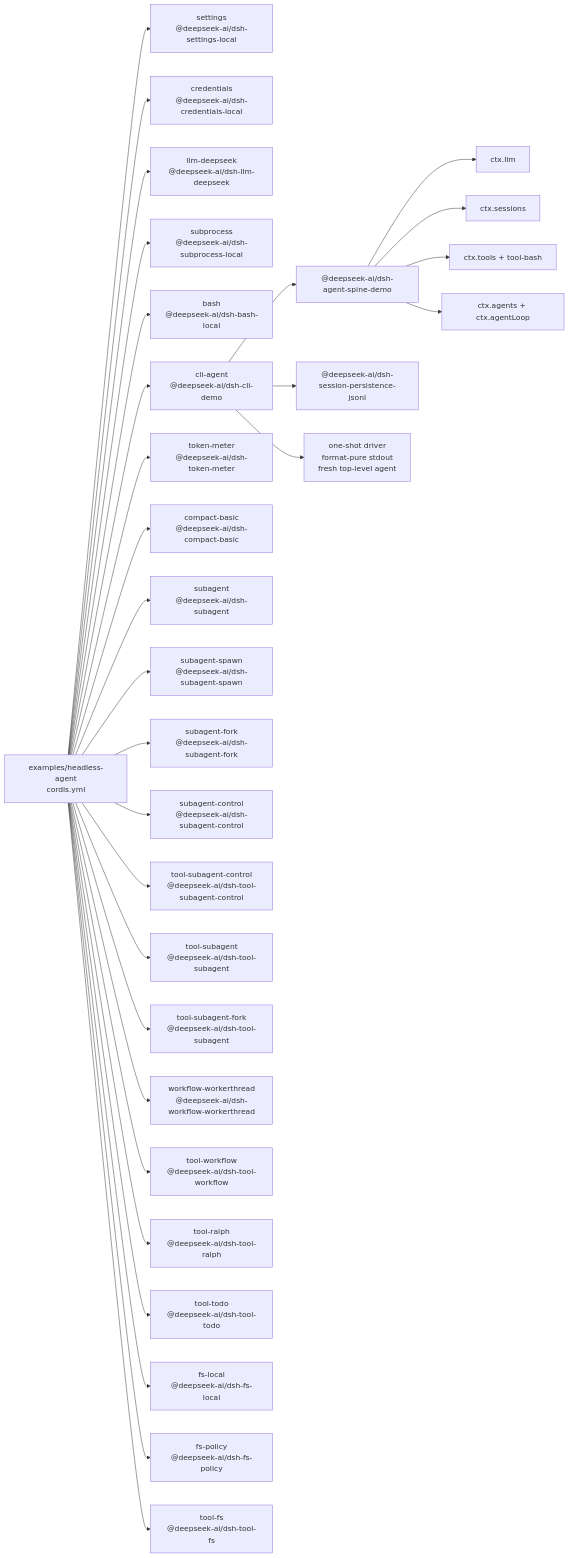
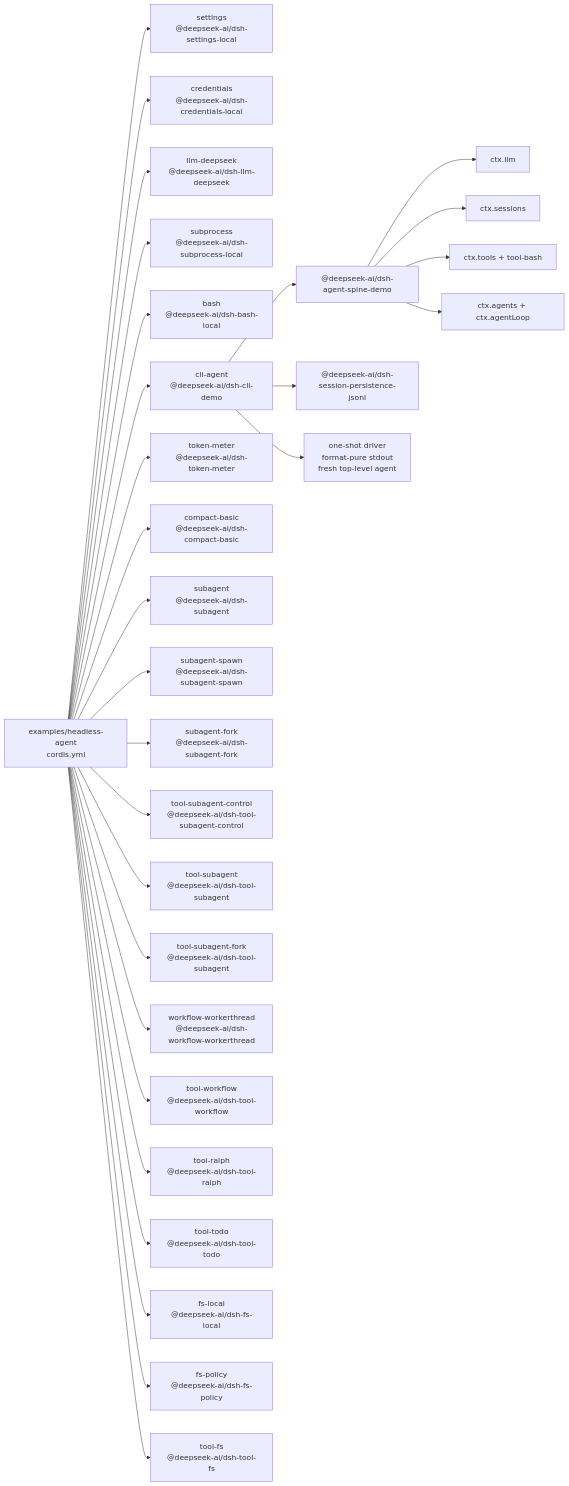
One commit to 007M7/DeepCode changed the diagram in examples/headless-agent/composition.md. Above: the diagram before and after it, drawn with Mermaid. The commit also changed other lines of this file and 70 other files, not shown here.

Commit message:
refactor(subagent): merge continuation control service

````diff
--- a/examples/headless-agent/composition.md
+++ b/examples/headless-agent/composition.md
@@ -8,55 +8,53 @@
 ```mermaid
 flowchart LR
   cfg["examples/headless-agent<br/>cordis.yml"]
   plugin_headless_settings["settings<br/>@deepseek-ai/dsh-settings-local"]
   cfg --> plugin_headless_settings
   plugin_headless_credentials["credentials<br/>@deepseek-ai/dsh-credentials-local"]
   cfg --> plugin_headless_credentials
   plugin_headless_llm_deepseek["llm-deepseek<br/>@deepseek-ai/dsh-llm-deepseek"]
   cfg --> plugin_headless_llm_deepseek
   plugin_headless_subprocess["subprocess<br/>@deepseek-ai/dsh-subprocess-local"]
   cfg --> plugin_headless_subprocess
   plugin_headless_bash["bash<br/>@deepseek-ai/dsh-bash-local"]
   cfg --> plugin_headless_bash
   plugin_headless_cli_agent["cli-agent<br/>@deepseek-ai/dsh-cli-demo"]
   cfg --> plugin_headless_cli_agent
   plugin_headless_cli_agent --> bundle_agent_core["@deepseek-ai/dsh-agent-spine-demo"]
   plugin_headless_cli_agent --> bundle_jsonl["@deepseek-ai/dsh-session-persistence-jsonl"]
   plugin_headless_cli_agent --> frontdoor_cli["one-shot driver<br/>format-pure stdout<br/>fresh top-level agent"]
   bundle_agent_core --> spine_llm["ctx.llm"]
   bundle_agent_core --> spine_sessions["ctx.sessions"]
   bundle_agent_core --> spine_tools["ctx.tools + tool-bash"]
   bundle_agent_core --> spine_loop["ctx.agents + ctx.agentLoop"]
   plugin_headless_token_meter["token-meter<br/>@deepseek-ai/dsh-token-meter"]
   cfg --> plugin_headless_token_meter
   plugin_headless_compact_basic["compact-basic<br/>@deepseek-ai/dsh-compact-basic"]
   cfg --> plugin_headless_compact_basic
   plugin_headless_subagent["subagent<br/>@deepseek-ai/dsh-subagent"]
   cfg --> plugin_headless_subagent
   plugin_headless_subagent_spawn["subagent-spawn<br/>@deepseek-ai/dsh-subagent-spawn"]
   cfg --> plugin_headless_subagent_spawn
   plugin_headless_subagent_fork["subagent-fork<br/>@deepseek-ai/dsh-subagent-fork"]
   cfg --> plugin_headless_subagent_fork
-  plugin_headless_subagent_control["subagent-control<br/>@deepseek-ai/dsh-subagent-control"]
-  cfg --> plugin_headless_subagent_control
   plugin_headless_tool_subagent_control["tool-subagent-control<br/>@deepseek-ai/dsh-tool-subagent-control"]
   cfg --> plugin_headless_tool_subagent_control
   plugin_headless_tool_subagent["tool-subagent<br/>@deepseek-ai/dsh-tool-subagent"]
   cfg --> plugin_headless_tool_subagent
   plugin_headless_tool_subagent_fork["tool-subagent-fork<br/>@deepseek-ai/dsh-tool-subagent"]
   cfg --> plugin_headless_tool_subagent_fork
   plugin_headless_workflow_workerthread["workflow-workerthread<br/>@deepseek-ai/dsh-workflow-workerthread"]
   cfg --> plugin_headless_workflow_workerthread
   plugin_headless_tool_workflow["tool-workflow<br/>@deepseek-ai/dsh-tool-workflow"]
   cfg --> plugin_headless_tool_workflow
   plugin_headless_tool_ralph["tool-ralph<br/>@deepseek-ai/dsh-tool-ralph"]
   cfg --> plugin_headless_tool_ralph
   plugin_headless_tool_todo["tool-todo<br/>@deepseek-ai/dsh-tool-todo"]
   cfg --> plugin_headless_tool_todo
   plugin_headless_fs_local["fs-local<br/>@deepseek-ai/dsh-fs-local"]
   cfg --> plugin_headless_fs_local
   plugin_headless_fs_policy["fs-policy<br/>@deepseek-ai/dsh-fs-policy"]
   cfg --> plugin_headless_fs_policy
   plugin_headless_tool_fs["tool-fs<br/>@deepseek-ai/dsh-tool-fs"]
   cfg --> plugin_headless_tool_fs
 ```
````
